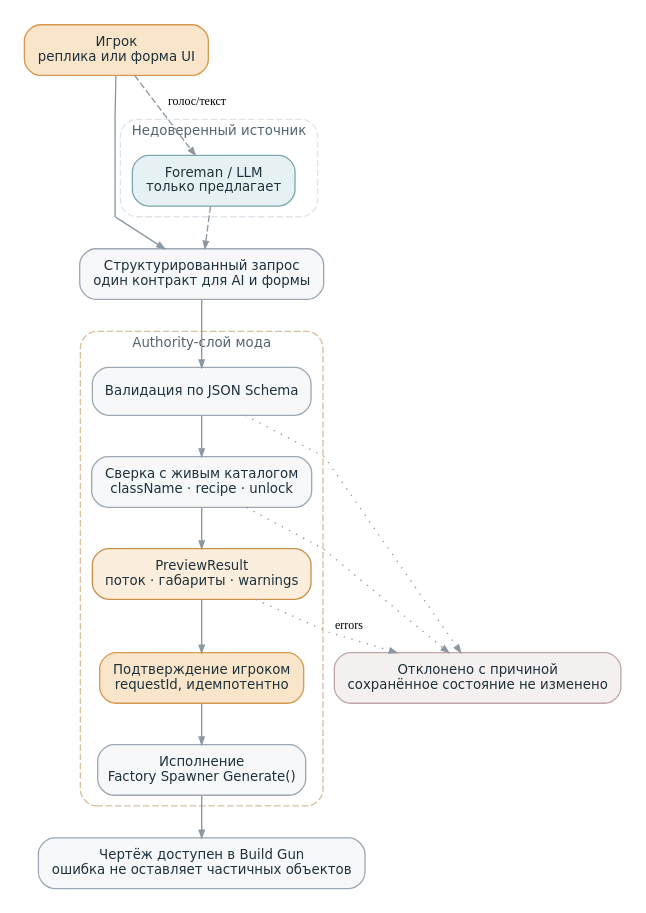
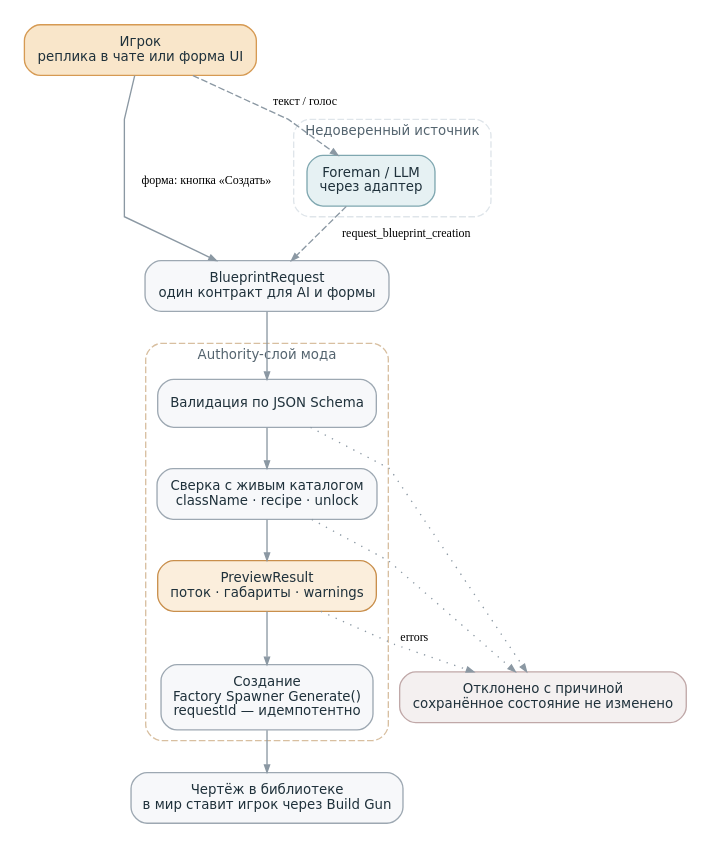
One commit to kkkingqz/ficsit-ai-helper changed the diagram in docs/assets/actions.dot. Above: the diagram before and after it, drawn with Graphviz. The commit also changed 10 other files, not shown here.

First line of the commit message:
Архитектура FICSIT AI v2.1-draft

```diff
--- a/docs/assets/actions.dot
+++ b/docs/assets/actions.dot
@@ -1,38 +1,38 @@
-// FICSIT AI v2.0-draft — путь действия с игровыми последствиями (пример: Blueprint, v1.1).
-// Сетевой границы больше нет; граница доверия осталась границей кода.
+// FICSIT AI v2.1-draft — путь создания чертежа (v1.1).
+// Подтверждения игрока нет: чертёж только попадает в библиотеку, в мир его ставит игрок.
+// Граница доверия — граница кода: каждый вызов проходит валидацию.
 // Рендер: dot -Tpng -Gdpi=150 actions.dot -o actions.png
 digraph G {
   graph [rankdir=TB, nodesep=.25, ranksep=.40, pad=.15, bgcolor="white",
          fontname="DejaVu Sans", splines=polyline];
   node  [shape=box, style="rounded,filled", fontname="DejaVu Sans", fontsize=10,
          color="#9DA8B2", fillcolor="#F7F8FA", fontcolor="#1F313B", margin=".14,.11"];
   edge  [color="#8B98A3", arrowsize=.55];
 
-  player [label="Игрок\nреплика или форма UI", fillcolor="#F9E6CA", color="#D69A53"];
-  intent [label="Структурированный запрос\nодин контракт для AI и формы"];
+  player [label="Игрок\nреплика в чате или форма UI", fillcolor="#F9E6CA", color="#D69A53"];
+  intent [label="BlueprintRequest\nодин контракт для AI и формы"];
 
   subgraph cluster_untrusted {
     label="Недоверенный источник"; fontsize=10; fontcolor="#54646F"; color="#DFE5EA"; style="rounded,dashed";
-    llm [label="Foreman / LLM\nтолько предлагает", fillcolor="#E6F1F3", color="#7FA7B0"];
+    llm [label="Foreman / LLM\nчерез адаптер", fillcolor="#E6F1F3", color="#7FA7B0"];
   }
 
   subgraph cluster_trusted {
     label="Authority-слой мода"; fontsize=10; fontcolor="#54646F"; color="#D8BFA0"; style="rounded,dashed";
     schema  [label="Валидация по JSON Schema"];
     live    [label="Сверка с живым каталогом\nclassName · recipe · unlock"];
     preview [label="PreviewResult\nпоток · габариты · warnings", fillcolor="#FBEEDC", color="#C98F4C"];
-    confirm [label="Подтверждение игроком\nrequestId, идемпотентно", fillcolor="#F9E6CA", color="#D69A53"];
-    exec    [label="Исполнение\nFactory Spawner Generate()"];
+    exec    [label="Создание\nFactory Spawner Generate()\nrequestId — идемпотентно"];
   }
 
-  result [label="Чертёж доступен в Build Gun\nошибка не оставляет частичных объектов"];
+  result [label="Чертёж в библиотеке\nв мир ставит игрок через Build Gun"];
   reject [label="Отклонено с причиной\nсохранённое состояние не изменено", fillcolor="#F4F0F0", color="#C0A8A8"];
 
-  player -> intent;
-  player -> llm [style=dashed, label="голос/текст", fontsize=9];
-  llm -> intent [style=dashed];
-  intent -> schema -> live -> preview -> confirm -> exec -> result;
+  player -> intent [label="форма: кнопка «Создать»", fontsize=9];
+  player -> llm [style=dashed, label="текст / голос", fontsize=9];
+  llm -> intent [style=dashed, label="request_blueprint_creation", fontsize=9];
+  intent -> schema -> live -> preview -> exec -> result;
   schema  -> reject [style=dotted];
   live    -> reject [style=dotted];
   preview -> reject [style=dotted, label="errors", fontsize=9];
 }
```
